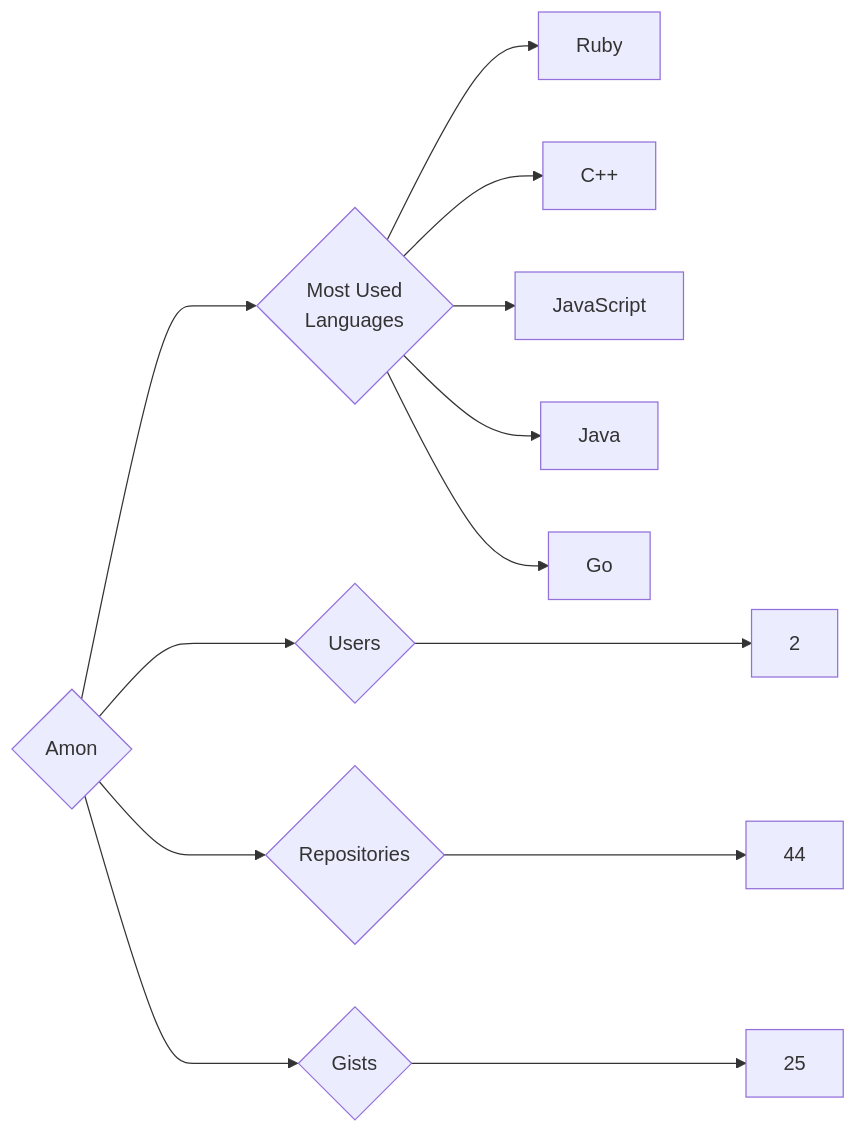
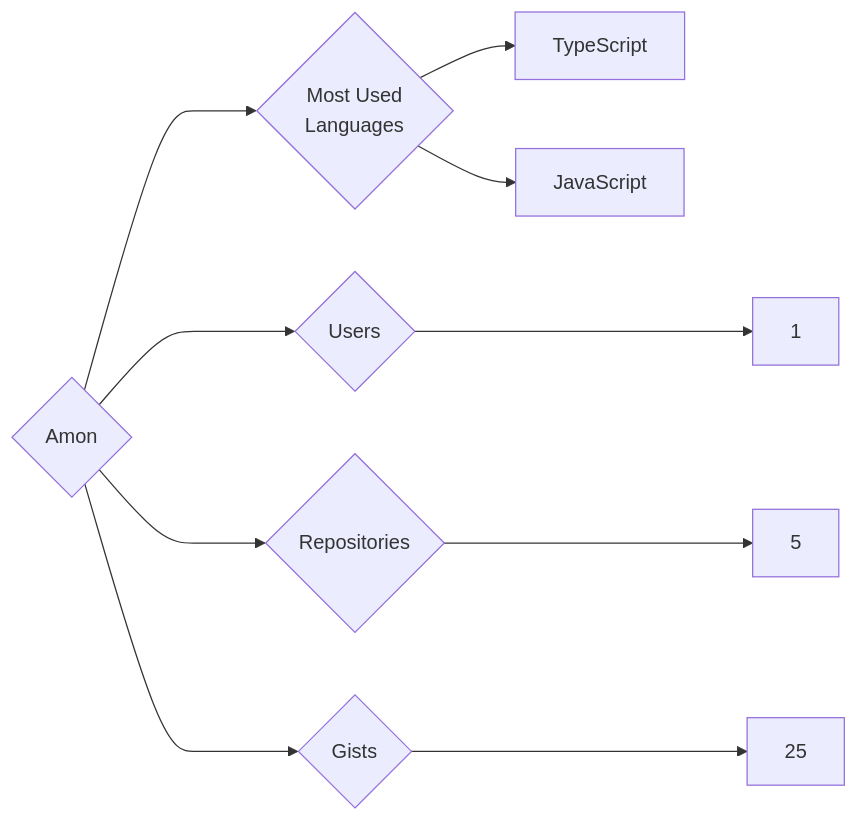
Before and after one commit to trickest/insiders: the diagram in targets/Amon/README.md, drawn with Mermaid. The commit also changed 1123 other files, not shown here.

````diff
--- a/targets/Amon/README.md
+++ b/targets/Amon/README.md
@@ -3,13 +3,10 @@
 ```mermaid
 graph LR
 COMPANY_NAME{Amon}
-COMPANY_NAME ---> U{Users} ---> UN[2]
-COMPANY_NAME ---> R{Repositories} ---> RN[44]
+COMPANY_NAME ---> U{Users} ---> UN[1]
+COMPANY_NAME ---> R{Repositories} ---> RN[5]
 COMPANY_NAME ---> G{Gists} ---> GN[25]
 COMPANY_NAME ---> ML{Most Used<br>Languages}
-ML --> Ruby[Ruby]
-ML --> C++[C++]
+ML --> TypeScript[TypeScript]
 ML --> JavaScript[JavaScript]
-ML --> Java[Java]
-ML --> Go[Go]
 ```
````
